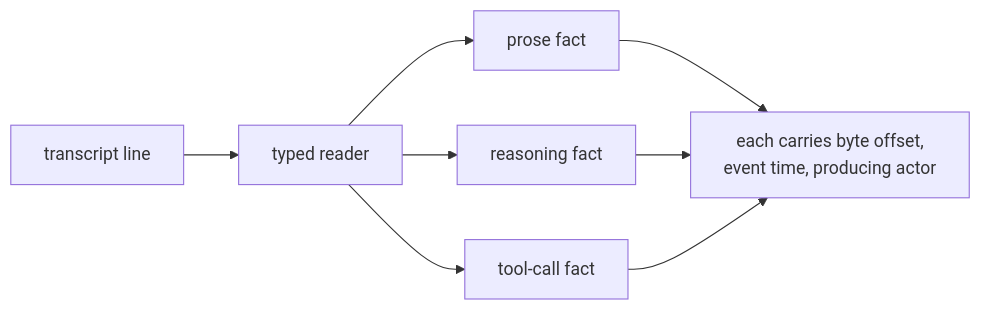
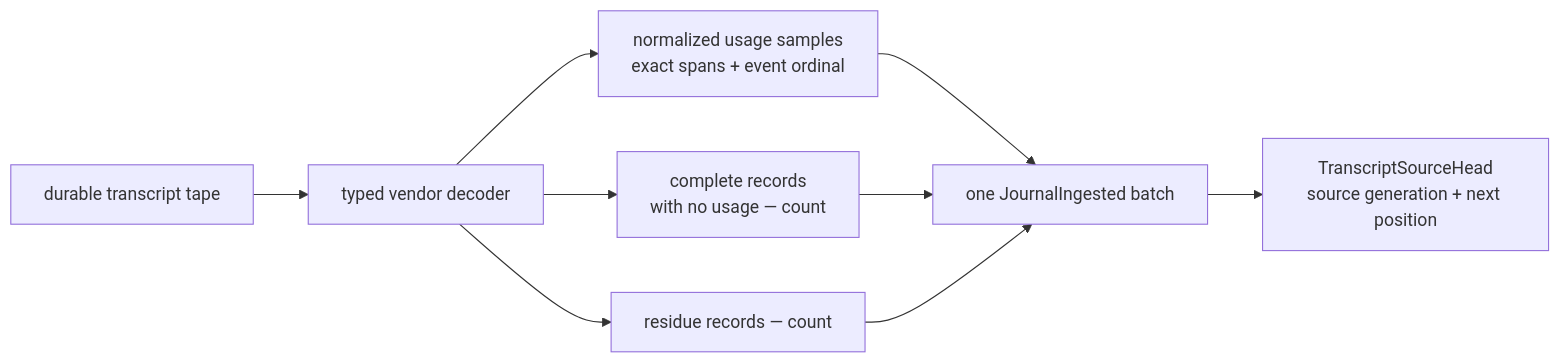
The first of 10 diagrams in docs/product/planes/hooks.md (infimalabs/spice-rust), drawn with Mermaid before and after one commit. The commit also changed other lines of this file and 120 other files, not shown here.

````diff
--- a/docs/product/planes/hooks.md
+++ b/docs/product/planes/hooks.md
@@ -8,10 +8,11 @@
 ```mermaid
 flowchart LR
-  T["transcript line"] --> R["typed reader"]
-  R --> ProseFact["prose fact"]
-  R --> ReasoningFact["reasoning fact"]
-  R --> ToolCallFact["tool-call fact"]
-  ProseFact --> L["each carries byte offset,<br/>event time, producing actor"]
-  ReasoningFact --> L
-  ToolCallFact --> L
+  T["durable transcript tape"] --> R["typed vendor decoder"]
+  R --> U["normalized usage samples<br/>exact spans + event ordinal"]
+  R --> N["complete records<br/>with no usage — count"]
+  R --> X["residue records — count"]
+  U --> B["one JournalIngested batch"]
+  N --> B
+  X --> B
+  B --> H["TranscriptSourceHead<br/>source generation + next position"]
 ```
````
